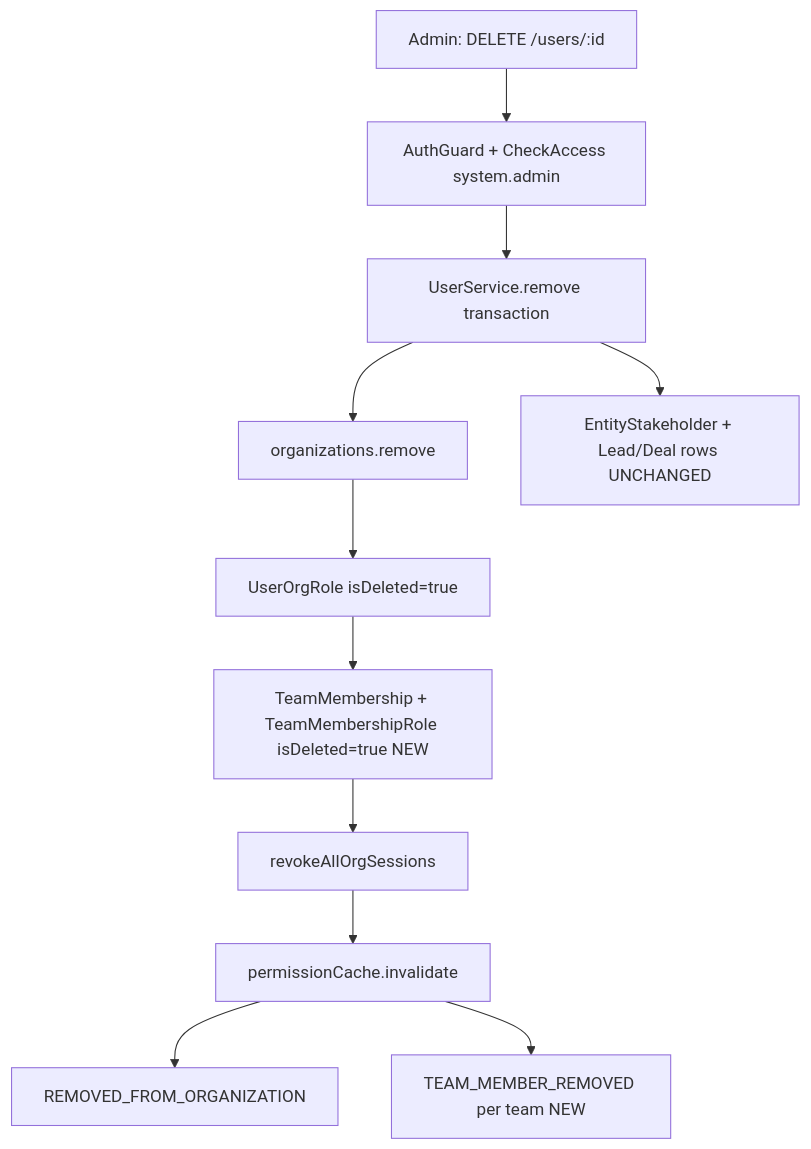
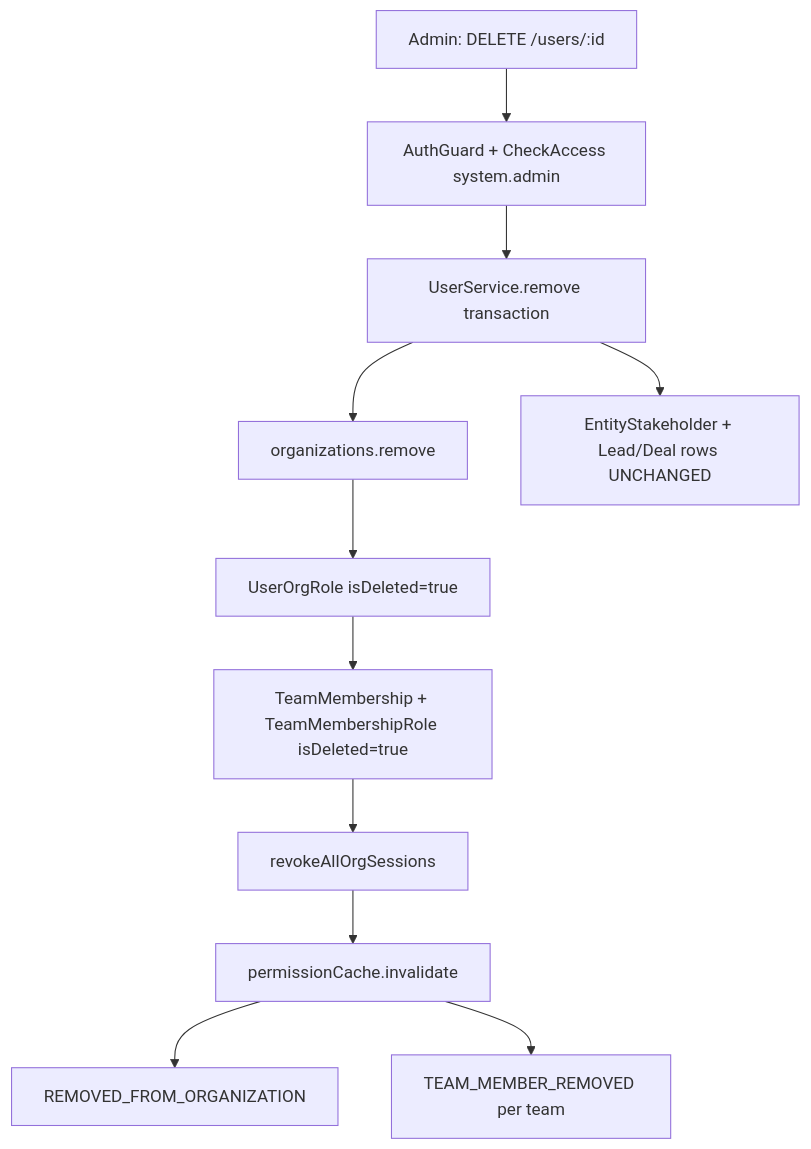
The diagram in backend/rbac/org-user-removal-specification.mdx (tech-propwise-org/docs), drawn with Mermaid before and after one commit. The commit also changed other lines of this file and 58 other files, not shown here.

````diff
--- a/backend/rbac/org-user-removal-specification.mdx
+++ b/backend/rbac/org-user-removal-specification.mdx
@@ -29,19 +34,19 @@
 ```mermaid
 flowchart TD
   Admin["Admin: DELETE /users/:id"]
   Guard["AuthGuard + CheckAccess system.admin"]
   Tx["UserService.remove transaction"]
   OrgLink["organizations.remove"]
   UOR["UserOrgRole isDeleted=true"]
-  TM["TeamMembership + TeamMembershipRole isDeleted=true NEW"]
+  TM["TeamMembership + TeamMembershipRole isDeleted=true"]
   Sess["revokeAllOrgSessions"]
   Cache["permissionCache.invalidate"]
   Notify["REMOVED_FROM_ORGANIZATION"]
-  TeamEvt["TEAM_MEMBER_REMOVED per team NEW"]
+  TeamEvt["TEAM_MEMBER_REMOVED per team"]
   CRM["EntityStakeholder + Lead/Deal rows UNCHANGED"]
   Admin --> Guard --> Tx
   Tx --> OrgLink --> UOR --> TM --> Sess --> Cache
   Tx --> CRM
   Cache --> Notify
   Cache --> TeamEvt
 ```
````
